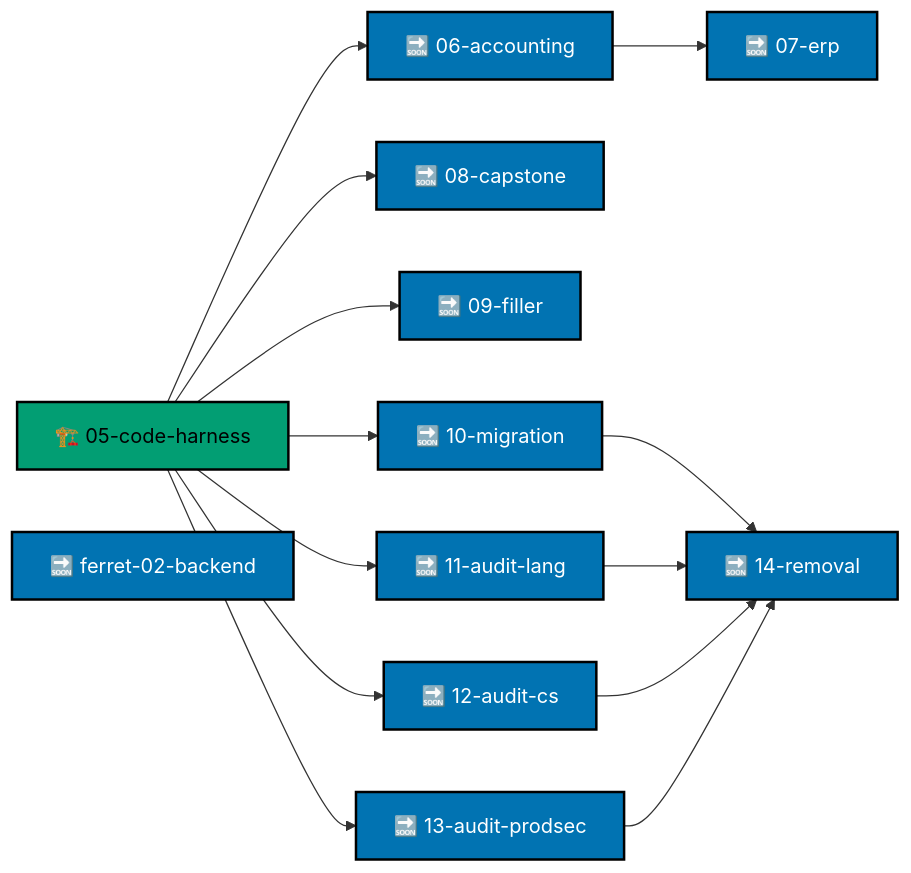
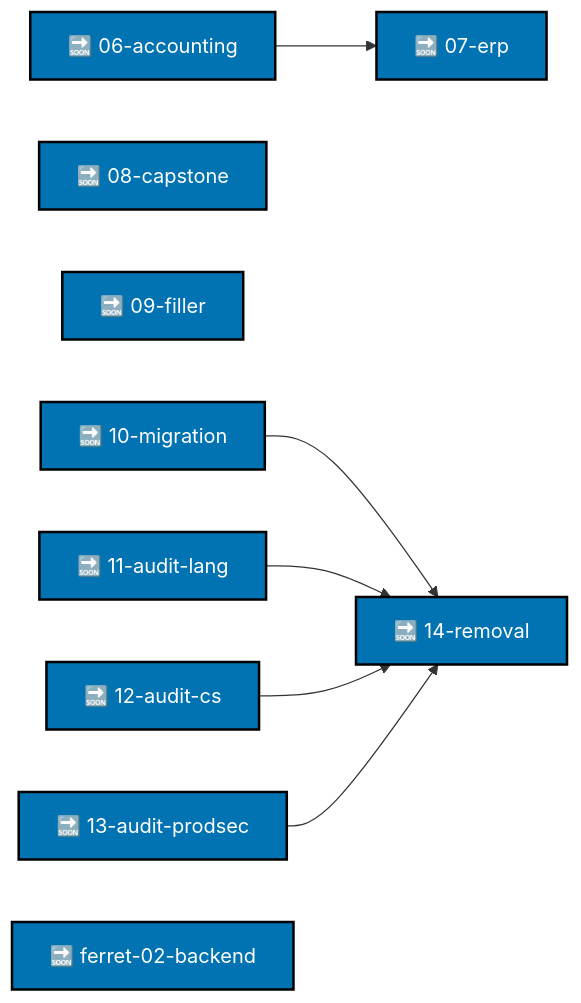
The diagram in plans/README.md (wahidyankf/ose-public), drawn with Mermaid before and after one commit. The commit also changed 468 other files, not shown here.

First line of the commit message:
feat(ayokoding-cli): add the course code harness

````diff
--- a/plans/README.md
+++ b/plans/README.md
@@ -32,31 +32,23 @@
 ```mermaid
 flowchart LR
   accTitle: Plan order
-  accDescr: Eleven live plans ordered by their Depends-on declarations.
-  P05["🏗️ 05-code-harness"]:::inprogress
+  accDescr: Ten live plans ordered by their Depends-on declarations.
   P06["🔜 06-accounting"]:::backlog
   P07["🔜 07-erp"]:::backlog
   P08["🔜 08-capstone"]:::backlog
   P09["🔜 09-filler"]:::backlog
   P10["🔜 10-migration"]:::backlog
   P11["🔜 11-audit-lang"]:::backlog
   P12["🔜 12-audit-cs"]:::backlog
   P13["🔜 13-audit-prodsec"]:::backlog
   P14["🔜 14-removal"]:::backlog
   FER["🔜 ferret-02-backend"]:::backlog
-  P05 --> P06
-  P05 --> P08
-  P05 --> P09
-  P05 --> P10
-  P05 --> P11
-  P05 --> P12
-  P05 --> P13
   P06 --> P07
   P10 --> P14
   P11 --> P14
   P12 --> P14
   P13 --> P14
   classDef backlog fill:#0173B2,stroke:#000000,color:#FFFFFF,stroke-width:2px
   classDef inprogress fill:#029E73,stroke:#000000,color:#000000,stroke-width:2px
   classDef default fill:#FFFFFF,stroke:#000000,color:#000000
 ```
````
